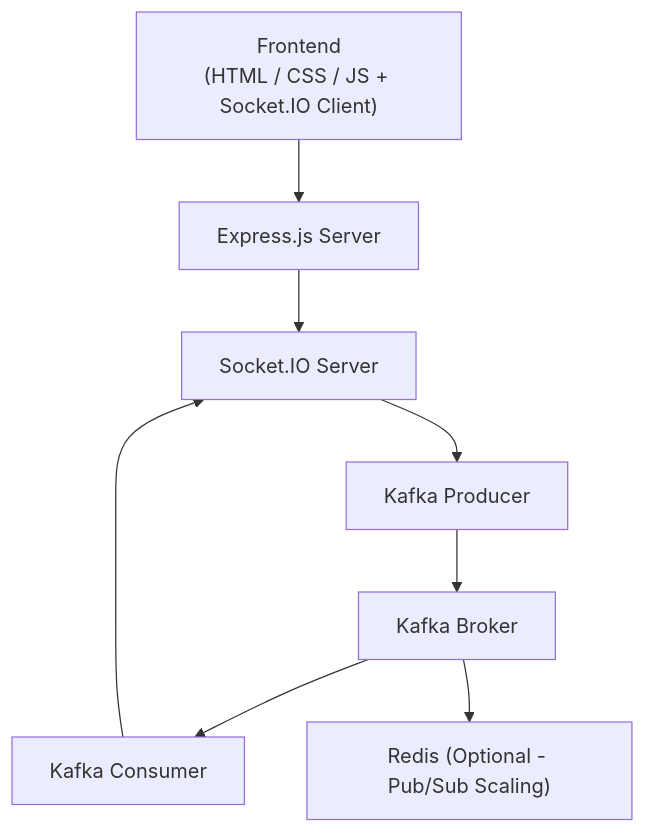
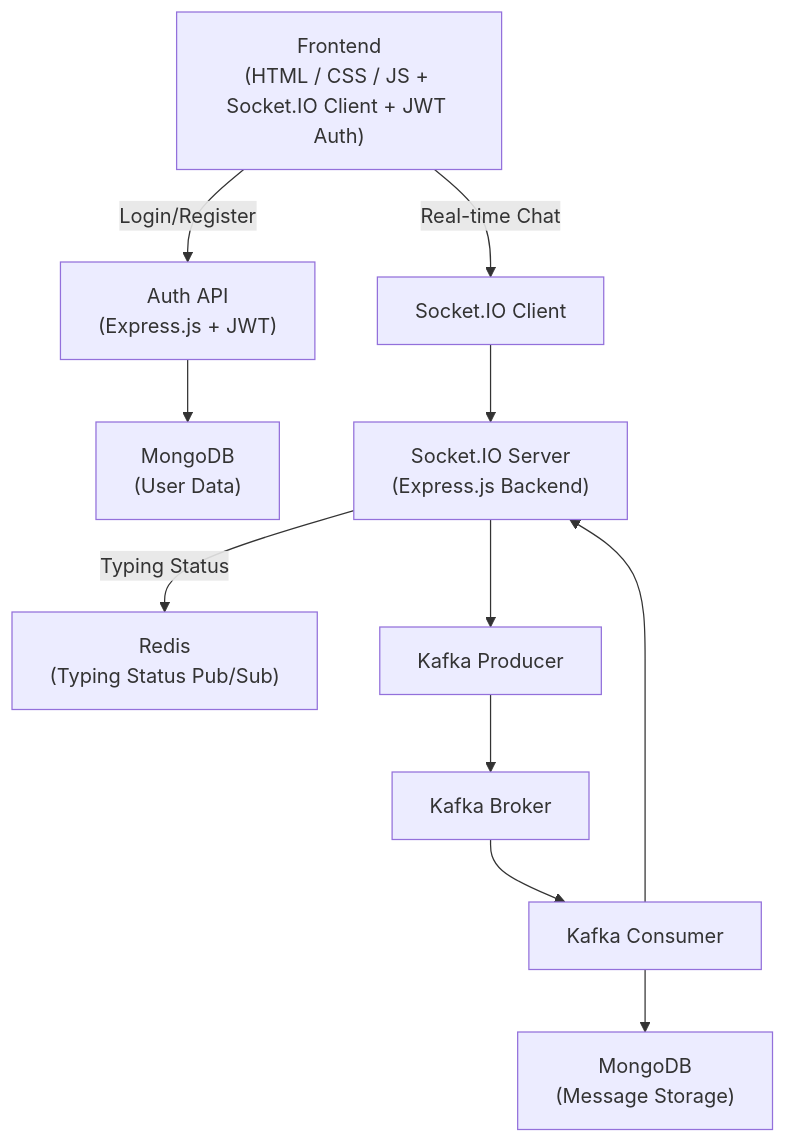
One commit to advyy100i/chat-app changed the diagram in README.md. Above: the diagram before and after it, drawn with Mermaid.

````diff
--- a/README.md
+++ b/README.md
@@ -146,10 +146,19 @@
 ```mermaid
 graph TD
-  Frontend["Frontend<br>(HTML / CSS / JS + Socket.IO Client)"] --> Express["Express.js Server"]
-  Express --> SocketServer["Socket.IO Server"]
+  Frontend["Frontend<br>(HTML / CSS / JS + Socket.IO Client + JWT Auth)"]
+  Frontend -->|Login/Register| Auth["Auth API<br>(Express.js + JWT)"]
+  Frontend -->|Real-time Chat| SocketClient["Socket.IO Client"]
+
+  Auth --> MongoDB1["MongoDB<br>(User Data)"]
+
+  SocketClient --> SocketServer["Socket.IO Server<br>(Express.js Backend)"]
+  SocketServer -->|Typing Status| Redis["Redis<br>(Typing Status Pub/Sub)"]
   SocketServer --> KafkaProducer["Kafka Producer"]
   KafkaProducer --> KafkaBroker["Kafka Broker"]
   KafkaBroker --> KafkaConsumer["Kafka Consumer"]
   KafkaConsumer --> SocketServer
-  KafkaBroker --> Redis["Redis (Optional - Pub/Sub Scaling)"]
+  KafkaConsumer --> MongoDB2["MongoDB<br>(Message Storage)"]
+
+
+
 ```
````
